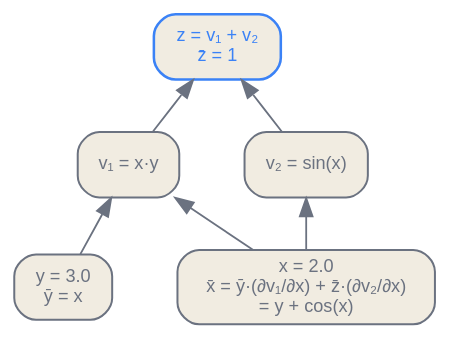
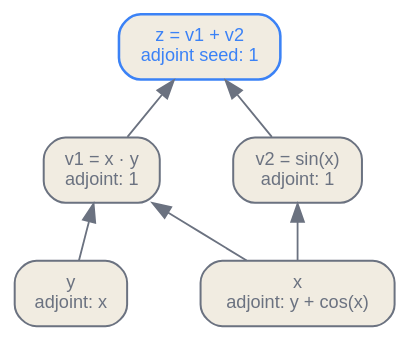
One commit to latere-ai/ai-as-an-infrastructure changed the first of 2 diagrams in en/infrastructure/02-frameworks-autodiff.qmd. Above: the diagram before and after it, drawn with Graphviz. The commit also changed other lines of this file and 3 other files, not shown here.

````diff
--- a/en/infrastructure/02-frameworks-autodiff.qmd
+++ b/en/infrastructure/02-frameworks-autodiff.qmd
@@ -19,20 +154,20 @@
 ```{dot}
 //| label: fig-frameworks-autodiff-tape
-//| fig-cap: "The Wengert list of z = x·y + sin(x), forward values on the way up, adjoints on the way back down. One reverse sweep charges the loss's sensitivity back through each recorded operation, and x, used twice, accumulates contributions from both consumers."
+//| fig-cap: "A reverse-mode DAG for z = xy + sin(x). Forward values move toward z; adjoints move backward. Because x has two consumers, its adjoint is the sum of two local contributions."
 digraph tape {
   bgcolor="transparent";
   rankdir=BT;
-  nodesep=0.5; ranksep=0.4;
+  nodesep=0.55; ranksep=0.45;
   node [shape=box, style="rounded,filled", fontname="Helvetica", fontsize=10, color="#6b7280", fontcolor="#6b7280", fillcolor="#f1ece1", penwidth=1.1];
   edge [fontsize=9, fontname="Helvetica", color="#6b7280", fontcolor="#6b7280"];
 
-  x  [label="x = 2.0\nx̄ = ȳ·(∂v₁/∂x) + z̄·(∂v₂/∂x)\n= y + cos(x)"];
-  y  [label="y = 3.0\nȳ = x"];
-  v1 [label="v₁ = x·y"];
-  v2 [label="v₂ = sin(x)"];
-  z  [label="z = v₁ + v₂\nz̄ = 1", color="#3b82f6", fontcolor="#3b82f6", penwidth=1.4];
+  x  [label="x\nadjoint: y + cos(x)"];
+  y  [label="y\nadjoint: x"];
+  v1 [label="v1 = x · y\nadjoint: 1"];
+  v2 [label="v2 = sin(x)\nadjoint: 1"];
+  z  [label="z = v1 + v2\nadjoint seed: 1", color="#3b82f6", fontcolor="#3b82f6", penwidth=1.4];
 
   x -> v1; y -> v1; x -> v2;
   v1 -> z; v2 -> z;
 }
 ```
````
